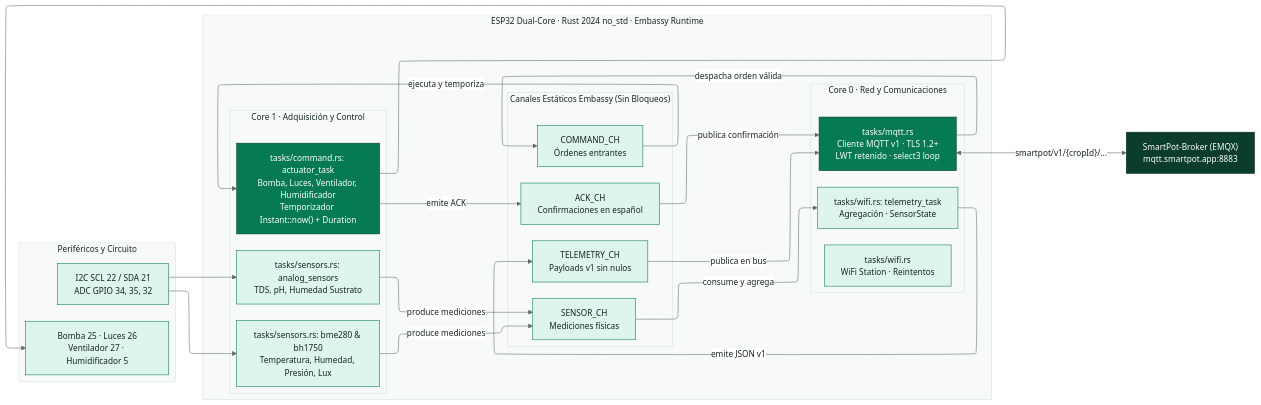
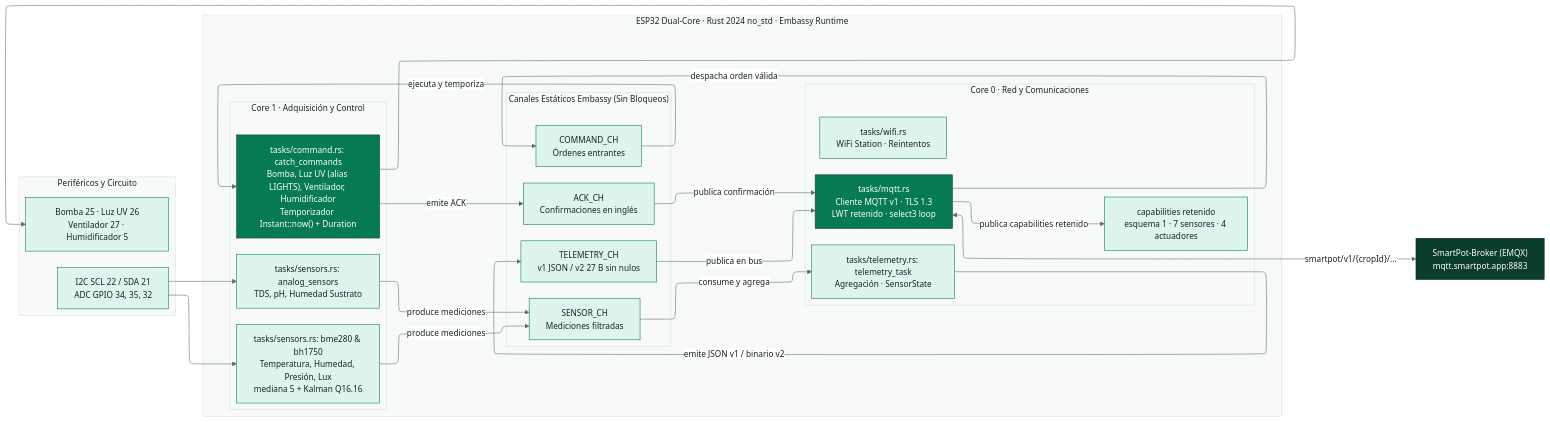
Before and after one commit to SmartPotTech/SmartPot-IoT: the diagram in docs/diagrams/SmartPot_IoT_Rust_Global_Component.mmd, drawn with Mermaid. The commit also changed 2 other files, not shown here.

Commit message:
Document firmware TLS, filtering, and capabilities [skip deploy]

```diff
--- a/docs/diagrams/SmartPot_IoT_Rust_Global_Component.mmd
+++ b/docs/diagrams/SmartPot_IoT_Rust_Global_Component.mmd
@@ -1,58 +1,60 @@
 %%{init: {"theme": "base", "fontFamily": "Segoe UI, Arial, sans-serif", "themeVariables": {"fontFamily": "Segoe UI, Arial, sans-serif", "fontSize": "15px", "primaryColor": "#DDF5EA", "primaryTextColor": "#17261F", "primaryBorderColor": "#067A52", "secondaryColor": "#E3F2FB", "secondaryTextColor": "#17261F", "secondaryBorderColor": "#1F6FA0", "tertiaryColor": "#F2F7F4", "tertiaryTextColor": "#17261F", "tertiaryBorderColor": "#D5E3DC", "lineColor": "#5B6B63", "textColor": "#17261F", "mainBkg": "#DDF5EA", "nodeBorder": "#067A52", "clusterBkg": "#F7FAF8", "clusterBorder": "#D5E3DC", "edgeLabelBackground": "#FFFFFF", "actorBkg": "#067A52", "actorBorder": "#0B3D2B", "actorTextColor": "#FFFFFF", "actorLineColor": "#5B6B63", "signalColor": "#17261F", "signalTextColor": "#17261F", "labelBoxBkgColor": "#0B3D2B", "labelBoxBorderColor": "#0B3D2B", "labelTextColor": "#FFFFFF", "loopTextColor": "#0B3D2B", "noteBkgColor": "#FDF4DD", "noteBorderColor": "#C98D12", "noteTextColor": "#17261F", "activationBkgColor": "#DDF5EA", "activationBorderColor": "#067A52", "attributeBackgroundColorOdd": "#FFFFFF", "attributeBackgroundColorEven": "#F2F7F4"}, "layout": "elk", "elk": {"nodePlacementStrategy": "BRANDES_KOEPF", "mergeEdges": false, "cycleBreakingStrategy": "GREEDY"}}}%%
 flowchart LR
   subgraph esp["ESP32 Dual-Core · Rust 2024 no_std · Embassy Runtime"]
     direction TB
     subgraph core0["Core 0 · Red y Comunicaciones"]
       direction TB
       wifi["tasks/wifi.rs<br/>WiFi Station · Reintentos"]
-      mqtt["tasks/mqtt.rs<br/>Cliente MQTT v1 · TLS 1.2+<br/>LWT retenido · select3 loop"]
-      telem["tasks/wifi.rs: telemetry_task<br/>Agregación · SensorState"]
+      mqtt["tasks/mqtt.rs<br/>Cliente MQTT v1 · TLS 1.3<br/>LWT retenido · select3 loop"]
+      telem["tasks/telemetry.rs: telemetry_task<br/>Agregación · SensorState"]
+      caps["capabilities retenido<br/>esquema 1 · 7 sensores · 4 actuadores"]
     end
 
     subgraph core1["Core 1 · Adquisición y Control"]
       direction TB
-      i2c["tasks/sensors.rs: bme280 & bh1750<br/>Temperatura, Humedad, Presión, Lux"]
+      i2c["tasks/sensors.rs: bme280 & bh1750<br/>Temperatura, Humedad, Presión, Lux<br/>mediana 5 + Kalman Q16.16"]
       adc["tasks/sensors.rs: analog_sensors<br/>TDS, pH, Humedad Sustrato"]
-      act["tasks/command.rs: actuator_task<br/>Bomba, Luces, Ventilador, Humidificador<br/>Temporizador Instant::now() + Duration"]
+      act["tasks/command.rs: catch_commands<br/>Bomba, Luz UV (alias LIGHTS), Ventilador, Humidificador<br/>Temporizador Instant::now() + Duration"]
     end
 
     subgraph channels["Canales Estáticos Embassy (Sin Bloqueos)"]
       direction TB
-      sch["SENSOR_CH<br/>Mediciones físicas"]
+      sch["SENSOR_CH<br/>Mediciones filtradas"]
       cch["COMMAND_CH<br/>Órdenes entrantes"]
-      ach["ACK_CH<br/>Confirmaciones en español"]
-      tch["TELEMETRY_CH<br/>Payloads v1 sin nulos"]
+      ach["ACK_CH<br/>Confirmaciones en inglés"]
+      tch["TELEMETRY_CH<br/>v1 JSON / v2 27 B sin nulos"]
     end
   end
 
   subgraph hw["Periféricos y Circuito"]
     direction TB
     sens["I2C SCL 22 / SDA 21<br/>ADC GPIO 34, 35, 32"]
-    outs["Bomba 25 · Luces 26<br/>Ventilador 27 · Humidificador 5"]
+    outs["Bomba 25 · Luz UV 26<br/>Ventilador 27 · Humidificador 5"]
   end
 
   broker["SmartPot-Broker (EMQX)<br/>mqtt.smartpot.app:8883"]
 
   sens --> i2c & adc
   act --> outs
 
   i2c & adc -->|"produce mediciones"| sch
   sch -->|"consume y agrega"| telem
-  telem -->|"emite JSON v1"| tch
+  telem -->|"emite JSON v1 / binario v2"| tch
   tch -->|"publica en bus"| mqtt
+  mqtt -->|"publica capabilities retenido"| caps
 
   mqtt <-->|"smartpot/v1/{cropId}/..."| broker
   mqtt -->|"despacha orden válida"| cch
   cch -->|"ejecuta y temporiza"| act
   act -->|"emite ACK"| ach
   ach -->|"publica confirmación"| mqtt
 
   classDef leaf fill:#DDF5EA,stroke:#067A52,color:#17261F
   classDef water fill:#E3F2FB,stroke:#1F6FA0,color:#17261F
   classDef sun fill:#FDF4DD,stroke:#C98D12,color:#17261F
   classDef clay fill:#FBE9E1,stroke:#B85A38,color:#17261F
   classDef core fill:#067A52,stroke:#0B3D2B,color:#FFFFFF
   classDef deep fill:#0B3D2B,stroke:#06281C,color:#FFFFFF
   classDef muted fill:#F2F7F4,stroke:#5B6B63,color:#17261F
   class mqtt,act core
   class broker deep
```
